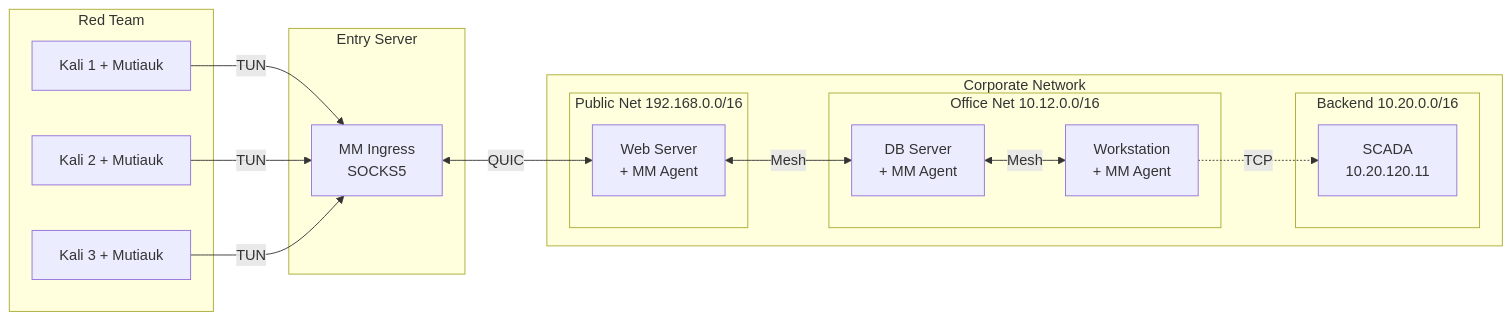
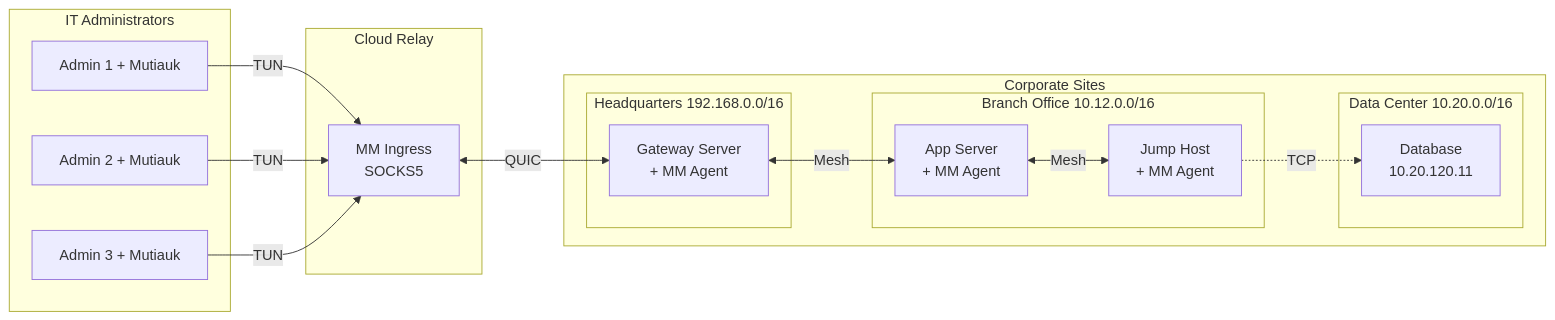
One commit to postalsys/Muti-Metroo changed the second of 2 diagrams in operator-manual/src/10-tun-interface.md. Above: the diagram before and after it, drawn with Mermaid. The commit also changed other lines of this file and 17 other files, not shown here.

````diff
--- a/operator-manual/src/10-tun-interface.md
+++ b/operator-manual/src/10-tun-interface.md
@@ -187,33 +187,33 @@
 ```mermaid
 flowchart LR
-    subgraph Operators["Red Team"]
-        K1["Kali 1 + Mutiauk"]
-        K2["Kali 2 + Mutiauk"]
-        K3["Kali 3 + Mutiauk"]
+    subgraph Admins["IT Administrators"]
+        A1["Admin 1 + Mutiauk"]
+        A2["Admin 2 + Mutiauk"]
+        A3["Admin 3 + Mutiauk"]
     end
 
-    subgraph Entry["Entry Server"]
+    subgraph Cloud["Cloud Relay"]
         Ingress["MM Ingress<br/>SOCKS5"]
     end
 
-    subgraph Corporate["Corporate Network"]
-        subgraph Public["Public Net 192.168.0.0/16"]
-            Web["Web Server<br/>+ MM Agent"]
+    subgraph Sites["Corporate Sites"]
+        subgraph HQ["Headquarters 192.168.0.0/16"]
+            GW["Gateway Server<br/>+ MM Agent"]
         end
 
-        subgraph Office["Office Net 10.12.0.0/16"]
-            DB["DB Server<br/>+ MM Agent"]
-            WS["Workstation<br/>+ MM Agent"]
+        subgraph Branch["Branch Office 10.12.0.0/16"]
+            App["App Server<br/>+ MM Agent"]
+            Jump["Jump Host<br/>+ MM Agent"]
         end
 
-        subgraph Backend["Backend 10.20.0.0/16"]
-            SCADA["SCADA<br/>10.20.120.11"]
+        subgraph DC["Data Center 10.20.0.0/16"]
+            DB["Database<br/>10.20.120.11"]
         end
     end
 
-    K1 & K2 & K3 -->|TUN| Ingress
-    Ingress <-->|QUIC| Web
-    Web <-->|Mesh| DB
-    DB <-->|Mesh| WS
-    WS -.->|TCP| SCADA
+    A1 & A2 & A3 -->|TUN| Ingress
+    Ingress <-->|QUIC| GW
+    GW <-->|Mesh| App
+    App <-->|Mesh| Jump
+    Jump -.->|TCP| DB
 ```
````
